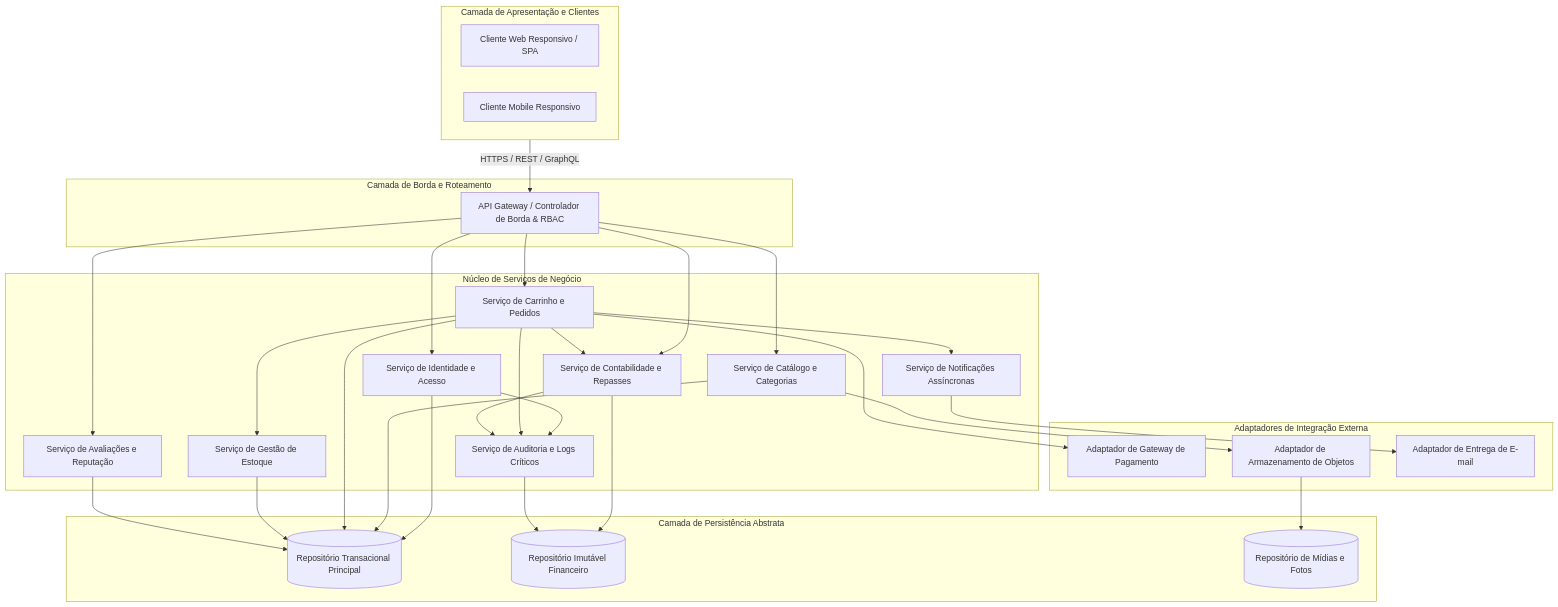
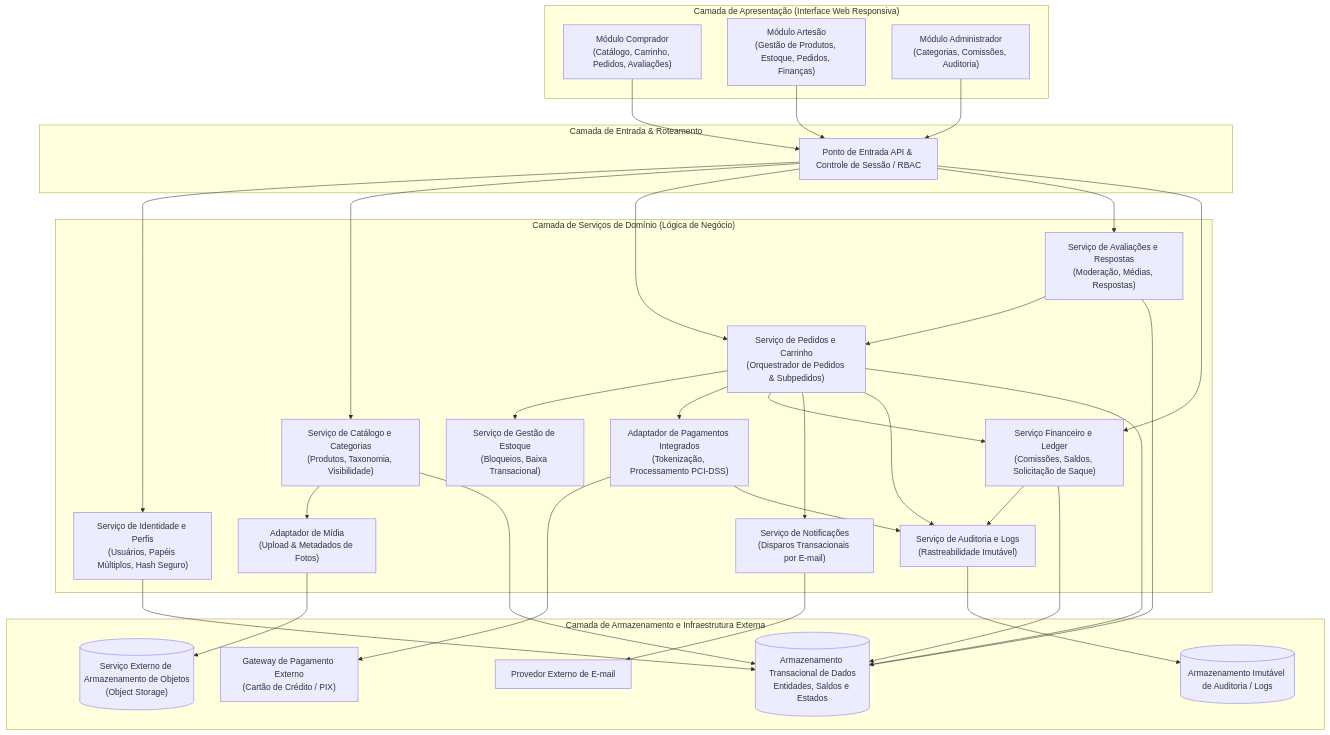
One commit to PDC-ESIA/AI4ES changed the first of 3 diagrams in docs/Time_2_Design/analise-qualitativa/outputs/relatorio_gemini_3_7_flash_M03.md. Above: the diagram before and after it, drawn with Mermaid. The commit also changed other lines of this file and 107 other files, not shown here.

````diff
--- a/docs/Time_2_Design/analise-qualitativa/outputs/relatorio_gemini_3_7_flash_M03.md
+++ b/docs/Time_2_Design/analise-qualitativa/outputs/relatorio_gemini_3_7_flash_M03.md
@@ -30,65 +28,67 @@
 ```mermaid
-flowchart TD
-    subgraph ClientLayer [Camada de Apresentação e Clientes]
-        WebClient[Cliente Web Responsivo / SPA]
-        MobileClient[Cliente Mobile Responsivo]
+flowchart TB
+    subgraph Frontend["Camada de Apresentação (Interface Web Responsiva)"]
+        UI_Buyer["Módulo Comprador\n(Catálogo, Carrinho, Pedidos, Avaliações)"]
+        UI_Seller["Módulo Artesão\n(Gestão de Produtos, Estoque, Pedidos, Finanças)"]
+        UI_Admin["Módulo Administrador\n(Categorias, Comissões, Auditoria)"]
     end
 
-    subgraph APIGatewayLayer [Camada de Borda e Roteamento]
-        Gateway[API Gateway / Controlador de Borda & RBAC]
+    subgraph API_Gateway["Camada de Entrada & Roteamento"]
+        Gateway["Ponto de Entrada API & Controle de Sessão / RBAC"]
     end
 
-    subgraph CoreServices [Núcleo de Serviços de Negócio]
-        AuthService[Serviço de Identidade e Acesso]
-        CatalogService[Serviço de Catálogo e Categorias]
-        CartOrderService[Serviço de Carrinho e Pedidos]
-        StockService[Serviço de Gestão de Estoque]
-        ReviewService[Serviço de Avaliações e Reputação]
-        FinancialService[Serviço de Contabilidade e Repasses]
-        NotificationService[Serviço de Notificações Assíncronas]
-        AuditService[Serviço de Auditoria e Logs Críticos]
+    subgraph Core_Services["Camada de Serviços de Domínio (Lógica de Negócio)"]
+        Auth_Service["Serviço de Identidade e Perfis\n(Usuários, Papéis Múltiplos, Hash Seguro)"]
+        Catalog_Service["Serviço de Catálogo e Categorias\n(Produtos, Taxonomia, Visibilidade)"]
+        Media_Adapter["Adaptador de Mídia\n(Upload & Metadados de Fotos)"]
+        Inventory_Service["Serviço de Gestão de Estoque\n(Bloqueios, Baixa Transacional)"]
+        Order_Service["Serviço de Pedidos e Carrinho\n(Orquestrador de Pedidos & Subpedidos)"]
+        Payment_Service["Adaptador de Pagamentos Integrados\n(Tokenização, Processamento PCI-DSS)"]
+        Review_Service["Serviço de Avaliações e Respostas\n(Moderação, Médias, Respostas)"]
+        Financial_Service["Serviço Financeiro e Ledger\n(Comissões, Saldos, Solicitação de Saque)"]
+        Notification_Service["Serviço de Notificações\n(Disparos Transacionais por E-mail)"]
+        Audit_Service["Serviço de Auditoria e Logs\n(Rastreabilidade Imutável)"]
     end
 
-    subgraph IntegrationLayer [Adaptadores de Integração Externa]
-        PaymentAdapter[Adaptador de Gateway de Pagamento]
-        StorageAdapter[Adaptador de Armazenamento de Objetos]
-        EmailAdapter[Adaptador de Entrega de E-mail]
+    subgraph Persistence_Storage["Camada de Armazenamento e Infraestrutura Externa"]
+        Data_Store[(Armazenamento Transacional de Dados\nEntidades, Saldos e Estados)]
+        Audit_Store[(Armazenamento Imutável de Auditoria / Logs)]
+        External_Storage[("Serviço Externo de Armazenamento de Objetos\n(Object Storage)")]
+        Payment_Gateway["Gateway de Pagamento Externo\n(Cartão de Crédito / PIX)"]
+        Email_Provider["Provedor Externo de E-mail"]
     end
 
-    subgraph DataLayer [Camada de Persistência Abstrata]
-        AppDB[(Repositório Transacional Principal)]
-        LedgerDB[(Repositório Imutável Financeiro)]
-        ObjectStore[(Repositório de Mídias e Fotos)]
-    end
+    UI_Buyer --> Gateway
+    UI_Seller --> Gateway
+    UI_Admin --> Gateway
 
-    ClientLayer -->|HTTPS / REST / GraphQL| Gateway
-    Gateway --> AuthService
-    Gateway --> CatalogService
-    Gateway --> CartOrderService
-    Gateway --> ReviewService
-    Gateway --> FinancialService
+    Gateway --> Auth_Service
+    Gateway --> Catalog_Service
+    Gateway --> Order_Service
+    Gateway --> Review_Service
+    Gateway --> Financial_Service
 
-    AuthService --> AppDB
-    AuthService --> AuditService
+    Catalog_Service --> Media_Adapter
+    Media_Adapter --> External_Storage
+    Catalog_Service --> Data_Store
 
-    CatalogService --> AppDB
-    CatalogService --> StorageAdapter
-    StorageAdapter --> ObjectStore
+    Order_Service --> Inventory_Service
+    Order_Service --> Payment_Service
+    Order_Service --> Financial_Service
+    Order_Service --> Notification_Service
+    Order_Service --> Audit_Service
+    Order_Service --> Data_Store
 
-    CartOrderService --> StockService
-    CartOrderService --> FinancialService
-    CartOrderService --> PaymentAdapter
-    CartOrderService --> NotificationService
-    CartOrderService --> AppDB
-    CartOrderService --> AuditService
+    Payment_Service --> Payment_Gateway
+    Payment_Service --> Audit_Service
 
-    StockService --> AppDB
-    
-    FinancialService --> LedgerDB
-    FinancialService --> AuditService
+    Financial_Service --> Audit_Service
+    Financial_Service --> Data_Store
 
-    ReviewService --> AppDB
+    Review_Service --> Order_Service
+    Review_Service --> Data_Store
 
-    NotificationService --> EmailAdapter
-    AuditService --> LedgerDB
+    Notification_Service --> Email_Provider
+    Audit_Service --> Audit_Store
+    Auth_Service --> Data_Store
 ```
````
